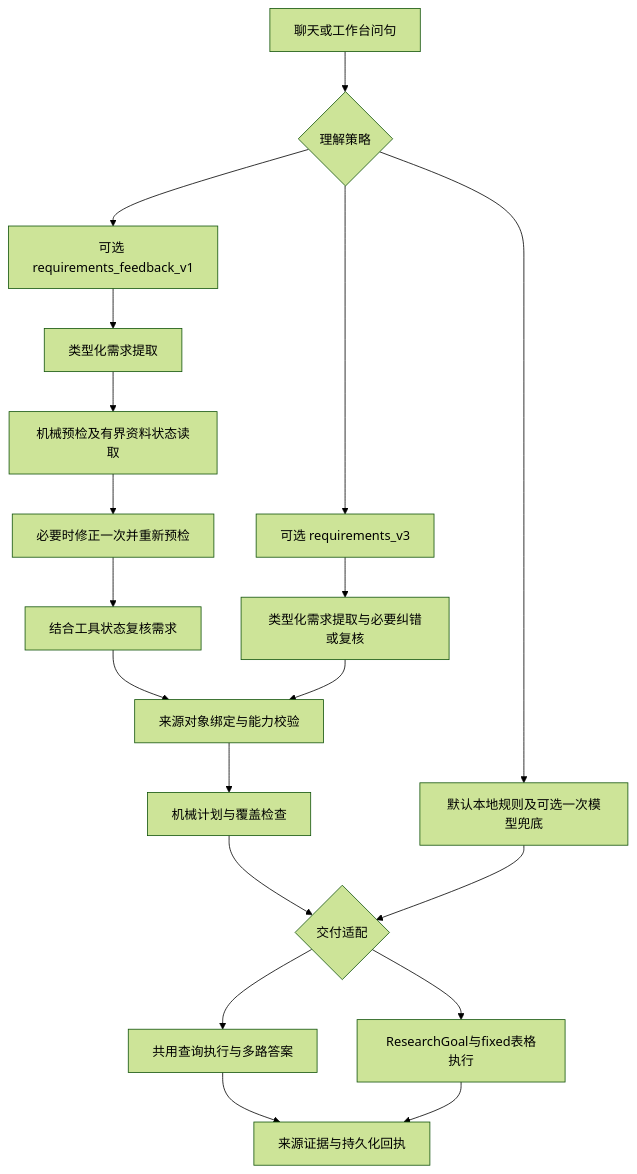
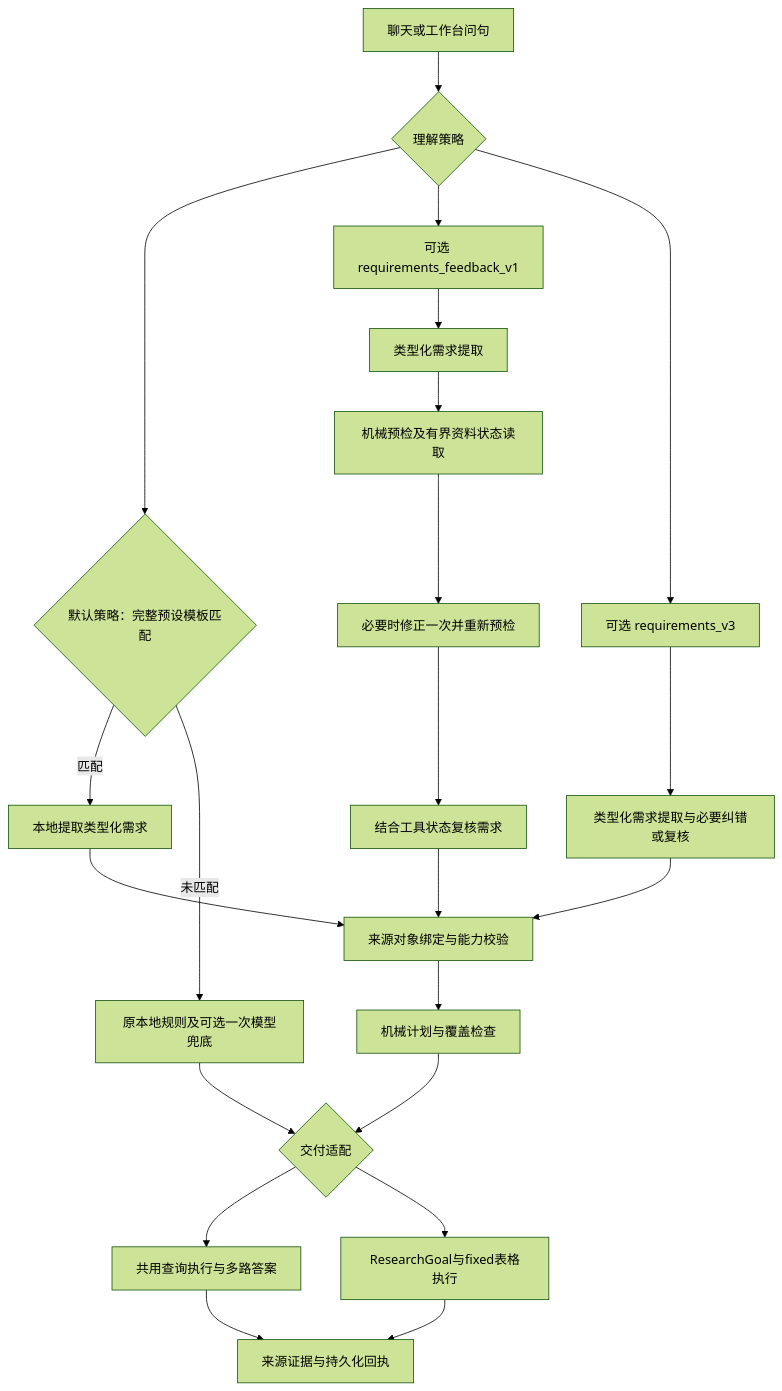
The diagram in docs/TCM_PROJECT_ROADMAP.md (konoluluxiuda/tcm-multi-agent-assistant), drawn with Mermaid (forest theme) before and after one commit. The commit also changed other lines of this file and 35 other files, not shown here.

````diff
--- a/docs/TCM_PROJECT_ROADMAP.md
+++ b/docs/TCM_PROJECT_ROADMAP.md
@@ -32,21 +35,24 @@
 ```mermaid
 flowchart TD
     A[聊天或工作台问句] --> B{理解策略}
-    B --> C[默认本地规则及可选一次模型兜底]
+    B --> C{默认策略：完整预设模板匹配}
+    C -->|匹配| P[本地提取类型化需求]
+    P --> F
+    C -->|未匹配| L[原本地规则及可选一次模型兜底]
     B --> W[可选 requirements_feedback_v1]
     W --> W1[类型化需求提取]
     W1 --> W2[机械预检及有界资料状态读取]
     W2 --> W3[必要时修正一次并重新预检]
     W3 --> W4[结合工具状态复核需求]
     W4 --> F
     B --> D[可选 requirements_v3]
     D --> E[类型化需求提取与必要纠错或复核]
     E --> F[来源对象绑定与能力校验]
     F --> G[机械计划与覆盖检查]
     G --> H{交付适配}
-    C --> H
+    L --> H
     H --> I[共用查询执行与多路答案]
     H --> J[ResearchGoal与fixed表格执行]
     I --> K[来源证据与持久化回执]
     J --> K
 ```
````
